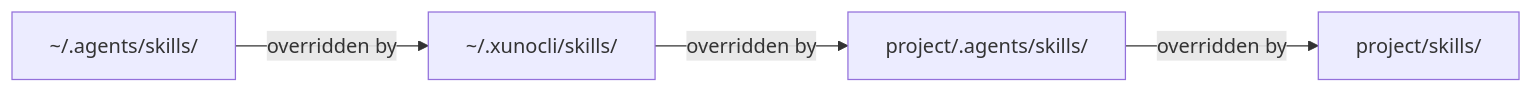
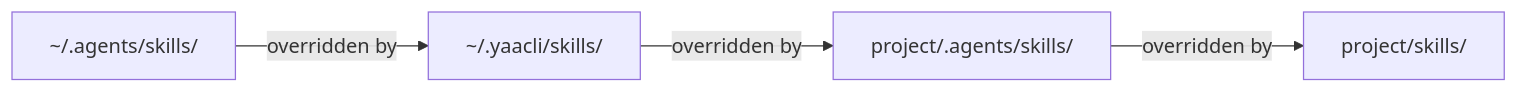
The second of 4 diagrams in packages/yaacli/yaacli/skills/building-agents/skills.md (Alexsu26/ya-mono), drawn with Mermaid before and after one commit. The commit also changed other lines of this file and 78 other files, not shown here.

````diff
--- a/packages/yaacli/yaacli/skills/building-agents/skills.md
+++ b/packages/yaacli/yaacli/skills/building-agents/skills.md
@@ -147,6 +147,6 @@
 ```mermaid
 flowchart LR
-    A["~/.agents/skills/"] -->|overridden by| B["~/.xunocli/skills/"]
+    A["~/.agents/skills/"] -->|overridden by| B["~/.yaacli/skills/"]
     B -->|overridden by| C["project/.agents/skills/"]
     C -->|overridden by| D["project/skills/"]
 ```
````
